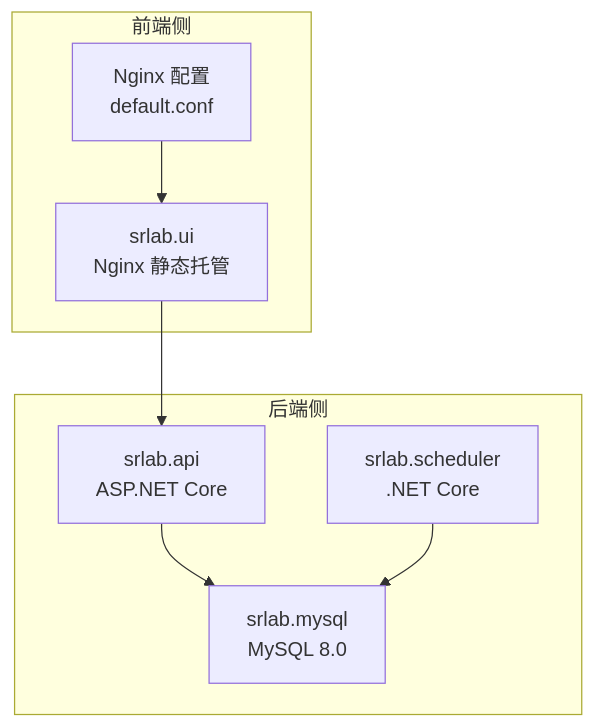
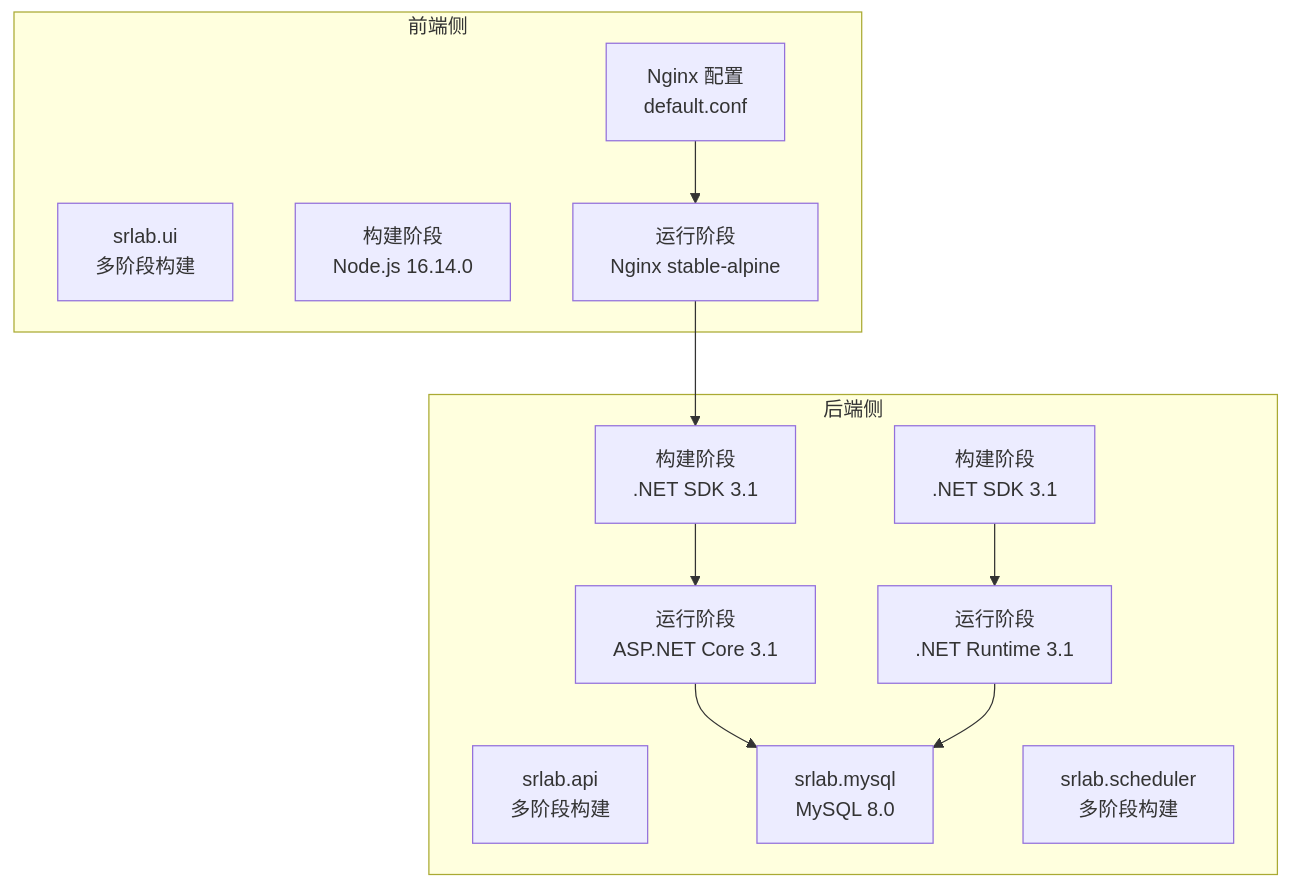
One commit to TinyMaD/SpeedRunnersLab changed the second of 6 diagrams in .qoder/repowiki/zh/content/前端应用/构建部署/Docker 容器化.md. Above: the diagram before and after it, drawn with Mermaid. The commit also changed other lines of this file and 9 other files, not shown here.

````diff
--- a/.qoder/repowiki/zh/content/前端应用/构建部署/Docker 容器化.md
+++ b/.qoder/repowiki/zh/content/前端应用/构建部署/Docker 容器化.md
@@ -89,16 +107,24 @@
 ```mermaid
 graph TB
 subgraph "前端侧"
-F["srlab.ui<br/>Nginx 静态托管"]
+F["srlab.ui<br/>多阶段构建"]
+F1["构建阶段<br/>Node.js 16.14.0"]
+F2["运行阶段<br/>Nginx stable-alpine"]
 N["Nginx 配置<br/>default.conf"]
 end
 subgraph "后端侧"
-A["srlab.api<br/>ASP.NET Core"]
+A["srlab.api<br/>多阶段构建"]
+A1["构建阶段<br/>.NET SDK 3.1"]
+A2["运行阶段<br/>ASP.NET Core 3.1"]
 M["srlab.mysql<br/>MySQL 8.0"]
-S["srlab.scheduler<br/>.NET Core"]
+S["srlab.scheduler<br/>多阶段构建"]
+S1["构建阶段<br/>.NET SDK 3.1"]
+S2["运行阶段<br/>.NET Runtime 3.1"]
 end
-N --> F
-F --> A
-A --> M
-S --> M
+N --> F2
+F2 --> A1
+A1 --> A2
+A2 --> M
+S1 --> S2
+S2 --> M
 ```
````
